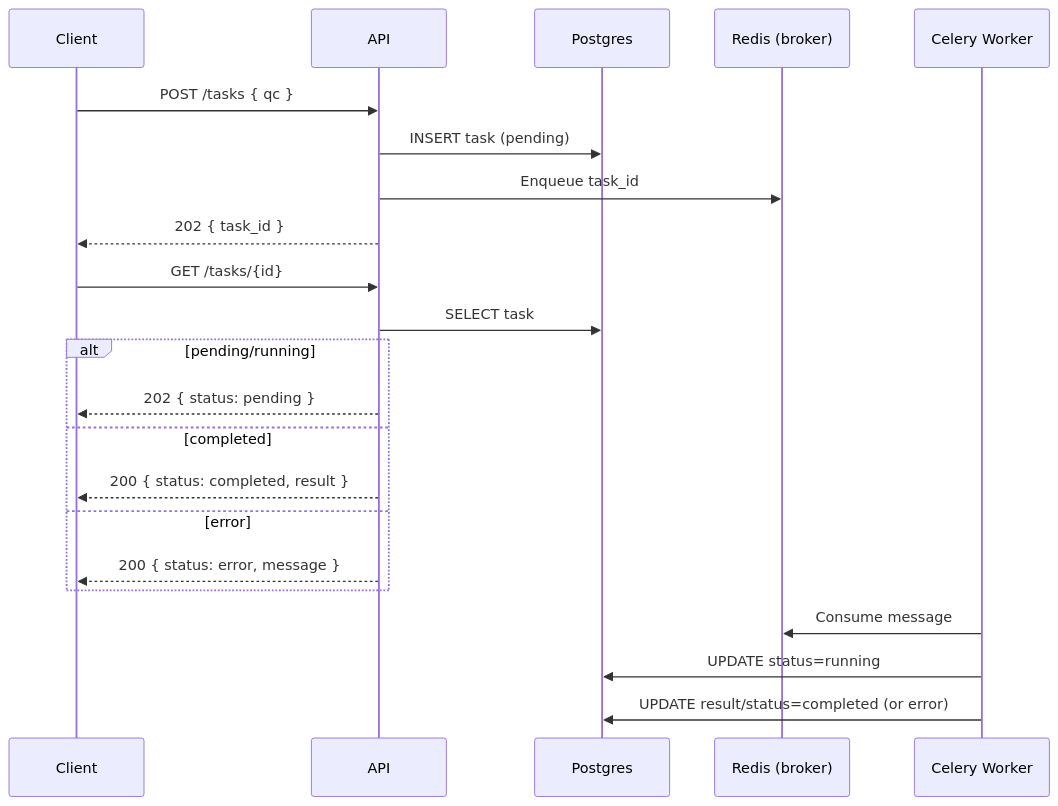
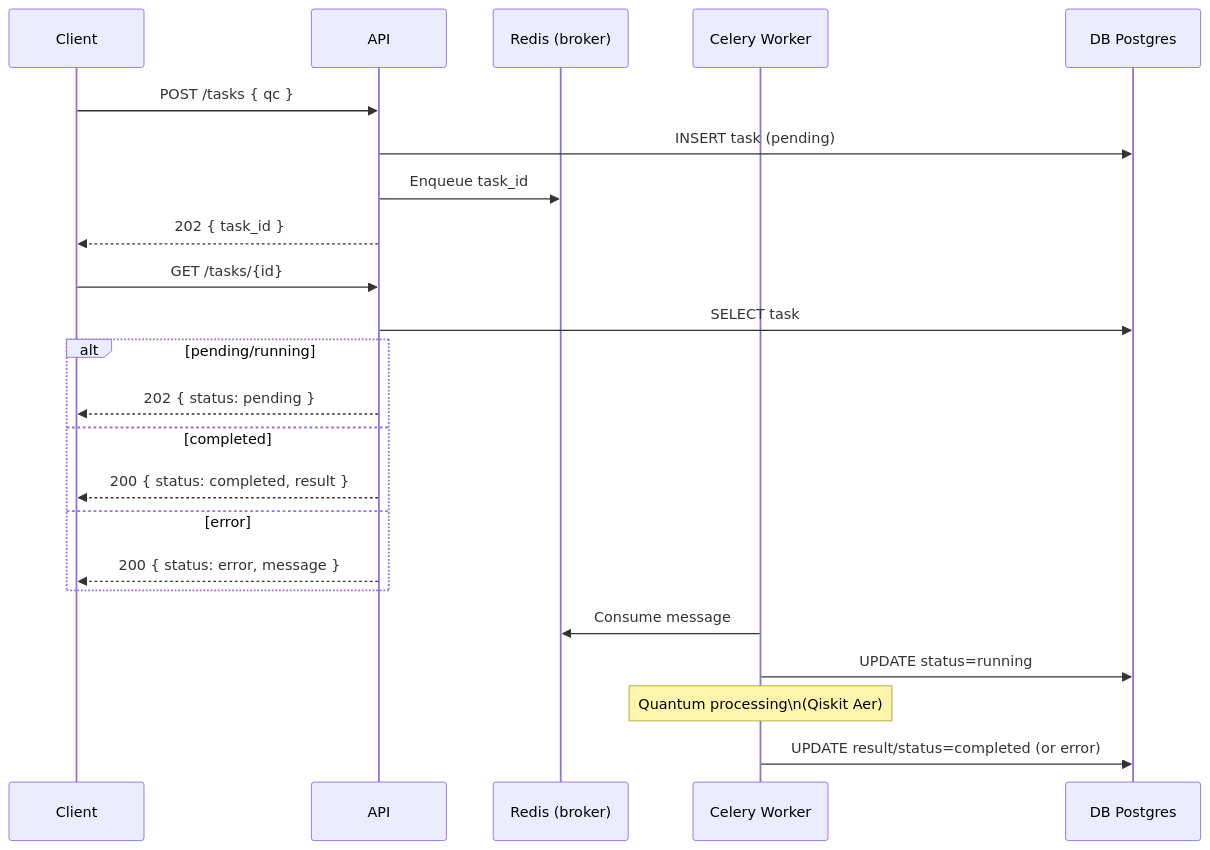
Before and after one commit to akashkthkr/quantum_task_classiq: the second of 2 diagrams in README.md, drawn with Mermaid. The commit also changed other lines of this file, not shown here.

First line of the commit message:
Enhance README with parallel processing instructions for Celery workers

````diff
--- a/README.md
+++ b/README.md
@@ -159,24 +173,25 @@
 ```mermaid
 sequenceDiagram
   participant C as Client
   participant A as API
-  participant DB as Postgres
   participant R as Redis (broker)
   participant W as Celery Worker
+  participant DB as DB Postgres
   C->>A: POST /tasks { qc }
   A->>DB: INSERT task (pending)
   A->>R: Enqueue task_id
   A-->>C: 202 { task_id }
   C->>A: GET /tasks/{id}
   A->>DB: SELECT task
   alt pending/running
     A-->>C: 202 { status: pending }
   else completed
     A-->>C: 200 { status: completed, result }
   else error
     A-->>C: 200 { status: error, message }
   end
   W->>R: Consume message
   W->>DB: UPDATE status=running
+  Note over W: Quantum processing\n(Qiskit Aer)
   W->>DB: UPDATE result/status=completed (or error)
 ```
````
